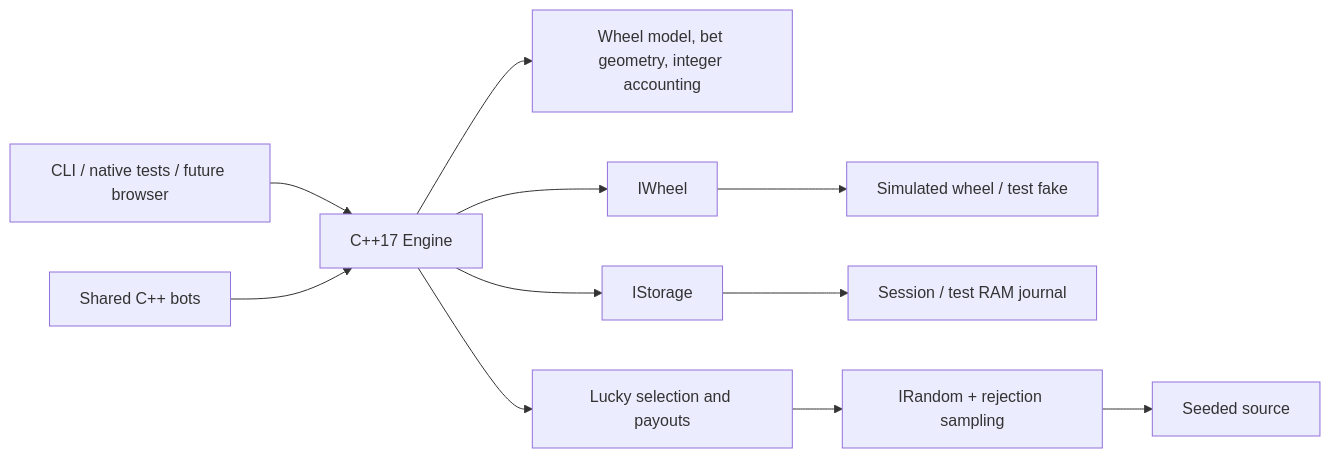
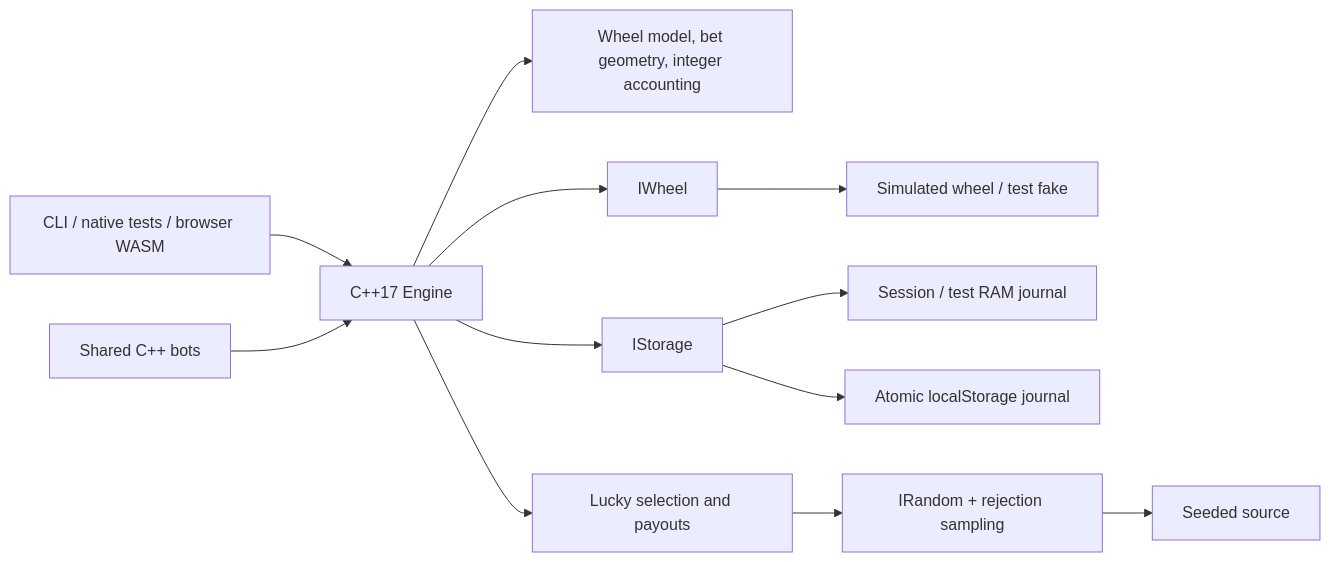
One commit to AEIOI-98/mini-etg-roulette changed the diagram in README.md. Above: the diagram before and after it, drawn with Mermaid. The commit also changed other lines of this file and 4 other files, not shown here.

Commit message:
Explain the WASM bridge, browser recovery and Phase 3B verification

````diff
--- a/README.md
+++ b/README.md
@@ -128,13 +147,14 @@
 ```mermaid
 flowchart LR
-    Caller[CLI / native tests / future browser] --> Engine[C++17 Engine]
+    Caller[CLI / native tests / browser WASM] --> Engine[C++17 Engine]
     Bots[Shared C++ bots] --> Engine
     Engine --> Rules[Wheel model, bet geometry, integer accounting]
     Engine --> Lucky[Lucky selection and payouts]
     Engine --> Wheel[IWheel]
     Engine --> Storage[IStorage]
     Wheel --> Fake[Simulated wheel / test fake]
     Storage --> Memory[Session / test RAM journal]
+    Storage --> Browser[Atomic localStorage journal]
     Lucky --> RNG[IRandom + rejection sampling]
     RNG --> TestRNG[Seeded source]
 ```
````
